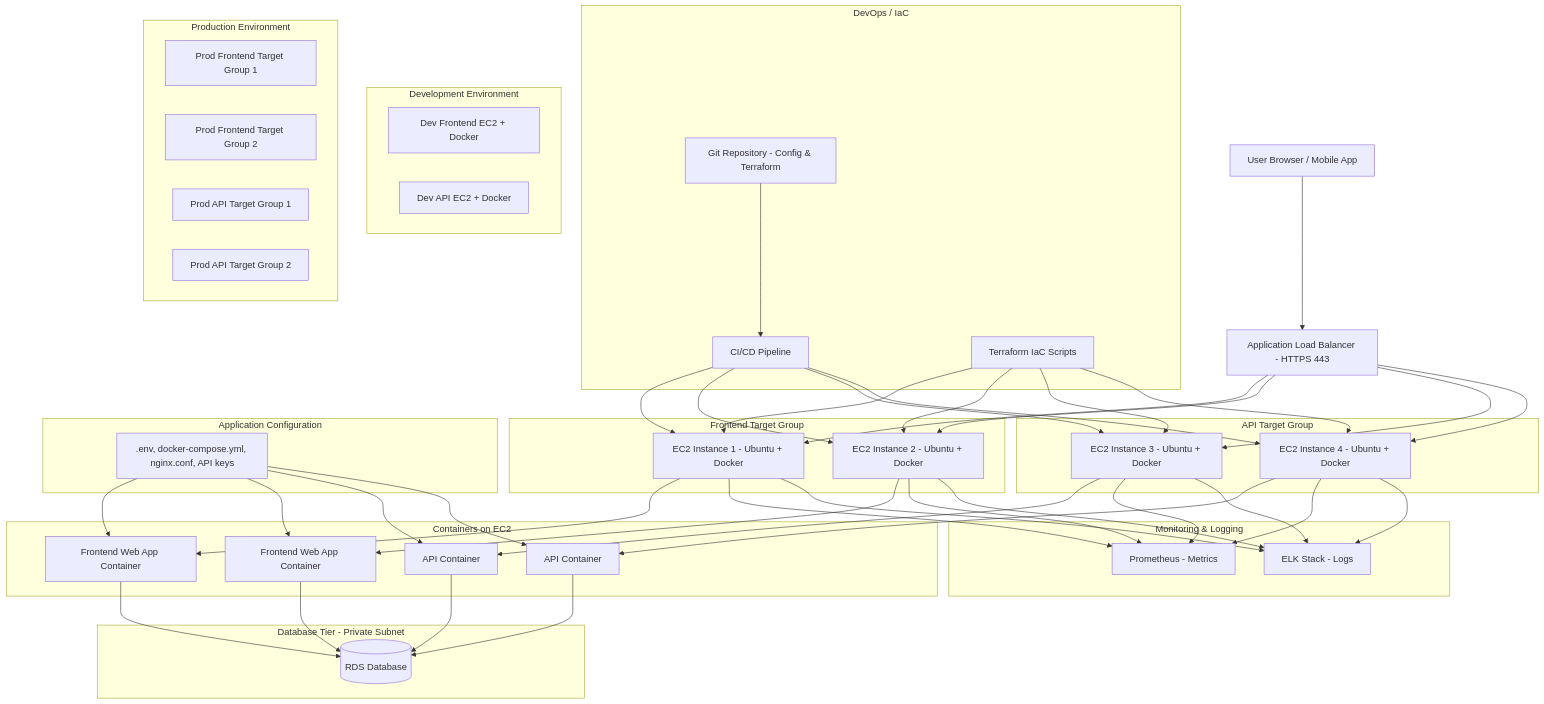
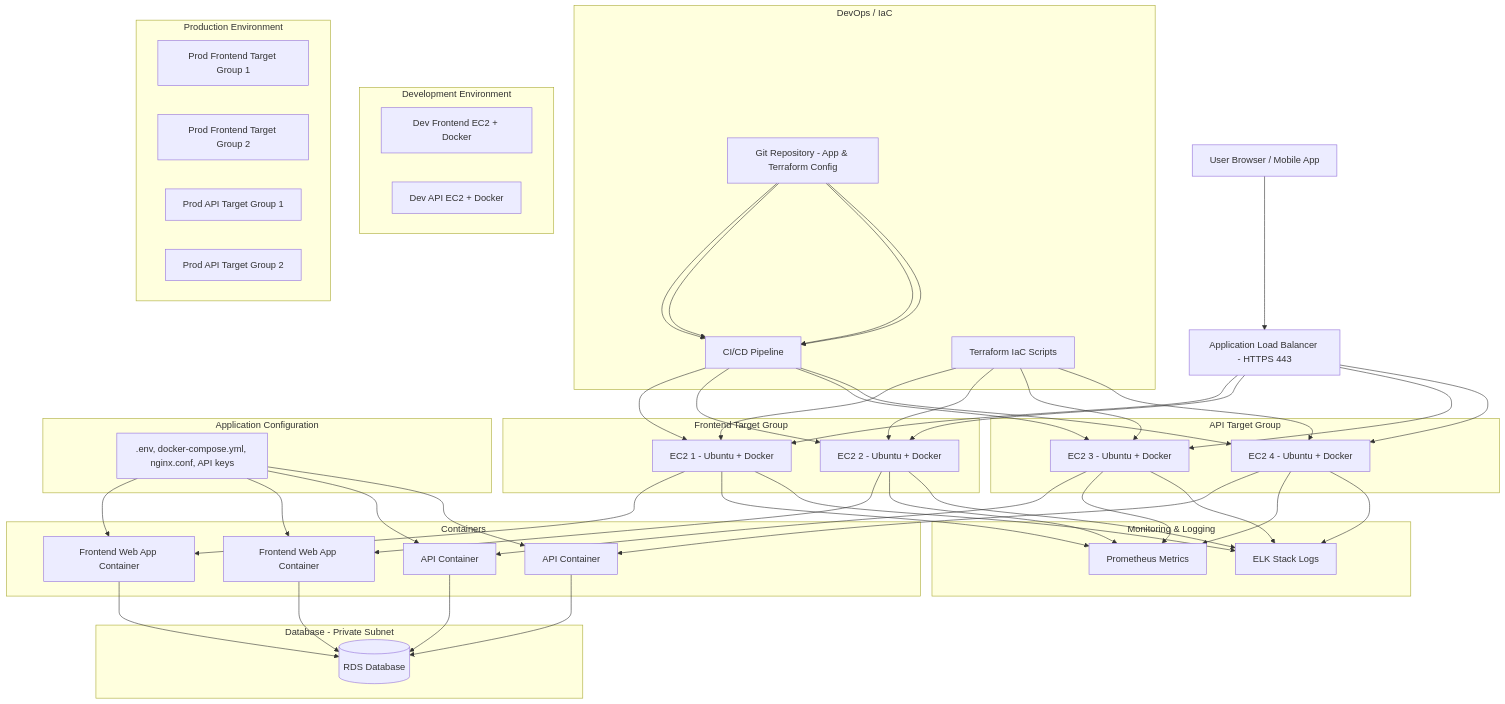
Before and after one commit to uploadtigris/project_CloudChef: the diagram in README.md, drawn with Mermaid. The commit also changed other lines of this file, not shown here.

````diff
--- a/README.md
+++ b/README.md
@@ -136,17 +41,15 @@
 ```mermaid
 graph TD
-    %% Clients
     Client[User Browser / Mobile App] --> ALB["Application Load Balancer - HTTPS 443"]
 
-    %% Target Groups
     subgraph "Frontend Target Group"
-        FTG1[EC2 Instance 1 - Ubuntu + Docker]
-        FTG2[EC2 Instance 2 - Ubuntu + Docker]
+        FTG1[EC2 1 - Ubuntu + Docker]
+        FTG2[EC2 2 - Ubuntu + Docker]
     end
 
     subgraph "API Target Group"
-        APITG1[EC2 Instance 3 - Ubuntu + Docker]
-        APITG2[EC2 Instance 4 - Ubuntu + Docker]
+        APITG1[EC2 3 - Ubuntu + Docker]
+        APITG2[EC2 4 - Ubuntu + Docker]
     end
 
     ALB --> FTG1
@@ -154,8 +57,7 @@
     ALB --> APITG1
     ALB --> APITG2
 
-    %% Containers
-    subgraph "Containers on EC2"
+    subgraph "Containers"
         Web1[Frontend Web App Container]
         Web2[Frontend Web App Container]
         API1[API Container]
@@ -167,8 +69,7 @@
     APITG1 --> API1
     APITG2 --> API2
 
-    %% Database
-    subgraph "Database Tier - Private Subnet"
+    subgraph "Database - Private Subnet"
         RDS[(RDS Database)]
     end
 
@@ -177,24 +78,21 @@
     API1 --> RDS
     API2 --> RDS
 
-    %% DevOps / Infrastructure (IaC) - Removed inline style
     subgraph "DevOps / IaC"
-        Git[Git Repository - Config & Terraform]
+        Git[Git Repository - App & Terraform Config]
         Pipeline[CI/CD Pipeline]
         Terraform["Terraform IaC Scripts"]
     end
 
-    Git --> Pipeline
-    Pipeline --> FTG1
-    Pipeline --> FTG2
-    Pipeline --> APITG1
-    Pipeline --> APITG2
+    Git --> Pipeline --> FTG1
+    Git --> Pipeline --> FTG2
+    Git --> Pipeline --> APITG1
+    Git --> Pipeline --> APITG2
     Terraform --> FTG1
     Terraform --> FTG2
     Terraform --> APITG1
     Terraform --> APITG2
 
-    %% Application Config
     subgraph "Application Configuration"
         AppConfig[".env, docker-compose.yml, nginx.conf, API keys"]
     end
@@ -204,10 +102,9 @@
     AppConfig --> API1
     AppConfig --> API2
 
-    %% Monitoring & Logging
     subgraph "Monitoring & Logging"
-        Prometheus[Prometheus - Metrics]
-        ELK[ELK Stack - Logs]
+        Prometheus[Prometheus Metrics]
+        ELK[ELK Stack Logs]
     end
 
     FTG1 --> Prometheus
@@ -219,7 +116,6 @@
     APITG1 --> ELK
     APITG2 --> ELK
 
-    %% Environments
     subgraph "Development Environment"
         DevFTG1[Dev Frontend EC2 + Docker]
         DevAPITG1[Dev API EC2 + Docker]
````
